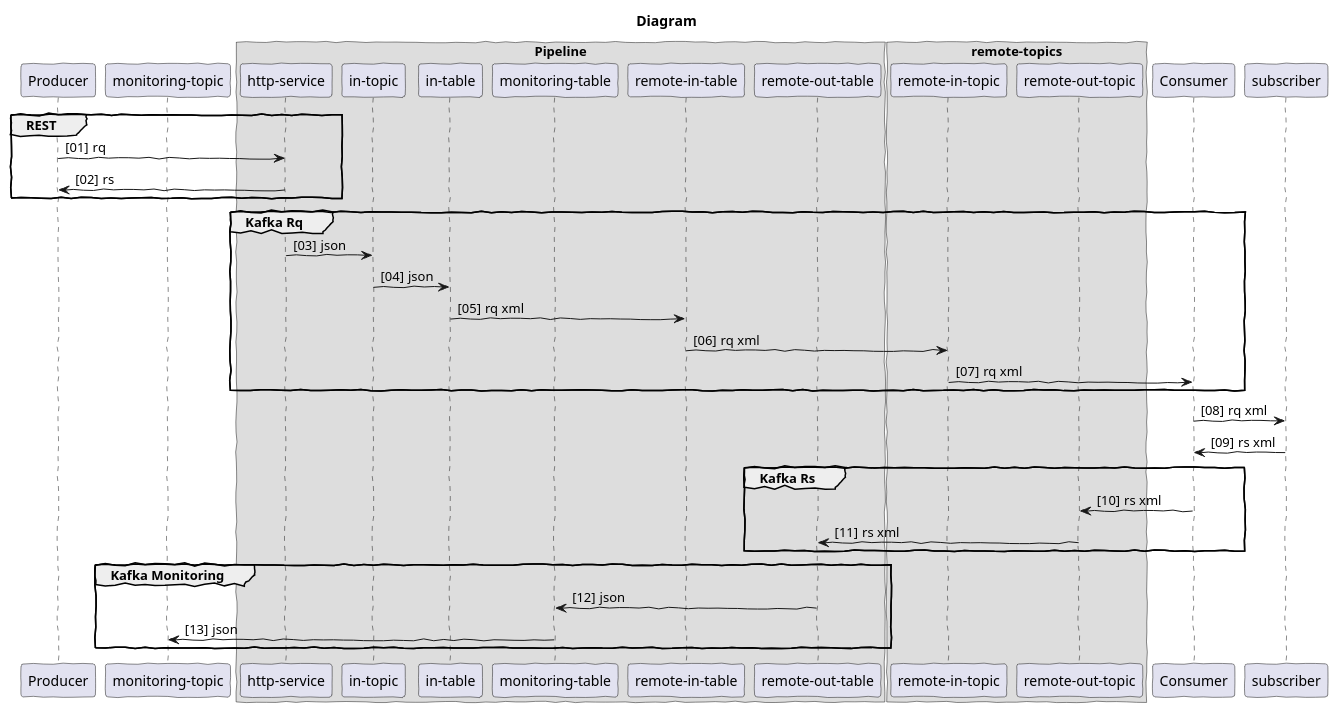
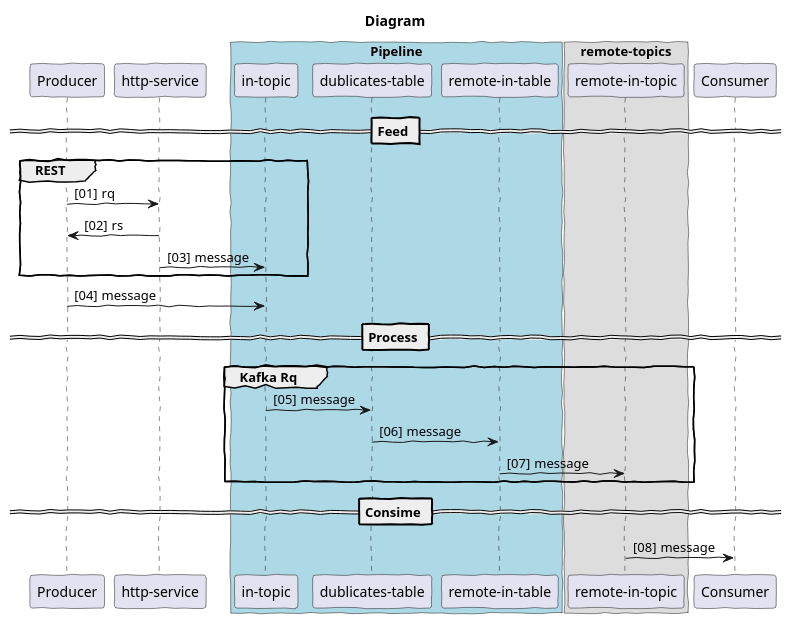
Before and after one commit to vtitov/kafka-pipeline: the diagram in service/src/asciidoctor/integration-daigram.adoc, drawn with PlantUML. The commit also changed other lines of this file and 1 other file, not shown here.

```diff
--- a/service/src/asciidoctor/integration-daigram.adoc
+++ b/service/src/asciidoctor/integration-daigram.adoc
@@ -26,97 +23,33 @@
 autonumber "[00]"
 
 participant Producer
-participant "monitoring-topic"
-
-'box "Pipeline" #LightBlue
-box "Pipeline"
     participant "http-service"
+box "Pipeline" #LightBlue
+'box "Pipeline"
     participant "in-topic"
-    participant "in-table"
-    participant "monitoring-table"
+    participant "dublicates-table"
     participant "remote-in-table"
-    participant "remote-out-table"
 end box
 box "remote-topics"
     participant "remote-in-topic"
-    participant "remote-out-topic"
 end box
 participant Consumer
-participant "subscriber"
 
+== Feed ==
 group REST
 Producer -> "http-service" : rq
 Producer <- "http-service" : rs
+"http-service" -> "in-topic" : message
 end
-
+"Producer" -> "in-topic" : message
+== Process ==
 group Kafka Rq
-"http-service" -> "in-topic" : json
-"in-topic" -> "in-table" : json
-"in-table" -> "remote-in-table" : rq xml
-"remote-in-table" -> "remote-in-topic" : rq xml
-"Consumer" <- "remote-in-topic" : rq xml
+"in-topic" -> "dublicates-table" : message
+"dublicates-table" -> "remote-in-table" : message
+"remote-in-table" -> "remote-in-topic" : message
 end
-"Consumer" -> "subscriber" : rq xml
-
-"Consumer" <- "subscriber" : rs xml
-
-group Kafka Rs
-"Consumer" -> "remote-out-topic" : rs xml
-"remote-out-table" <- "remote-out-topic" : rs xml
-end
-group Kafka Monitoring
-"monitoring-table" <- "remote-out-table"  : json
-"monitoring-table" -> "monitoring-topic" : json
-end
-
-
-'
-'group rq to master
-'ФП --> hdfs : put file
-'ФП -> master : REST
-'end
-'group schedule-job
-'master -> slave : submit build
-'note right : wait for resources
-'activate slave
-'
-'slave -> copyjob : start build
-'
-'activate copyjob
-'end
-'
-'group cloud-copy
-'note over copyjob: parse json
-'note over copyjob: get route
-'note over copyjob: start copying
-''copyjob -> copyjob : start copying
-'hdfs --> nfs : copy file
-'copyjob -> kafka : put rq xml
-'
-'note over copyjob : wait for webhook
-''copyjob -> copyjob : wait for webhook
-'
-'deactivate copyjob
-'
-'end
-'
-'group remote-copy
-'kafka -> Consumer : get rq xml
-'Consumer -> Consumer : start copying
-'kafka <-- Consumer : put rs xml
-'end
-'
-'group cloud-get-confirmation
-'master <-- kafka : get rs xml
-'master -> copyjob : call webhook
-'activate copyjob
-'note over copyjob: parse xml
-'hdfs <-- copyjob : put rs xml to file
-'master <-- copyjob : rc
-'
-'destroy copyjob
-'deactivate slave
-'end
+== Consime ==
+"Consumer" <- "remote-in-topic" : message
 
 @enduml
 ----
```
